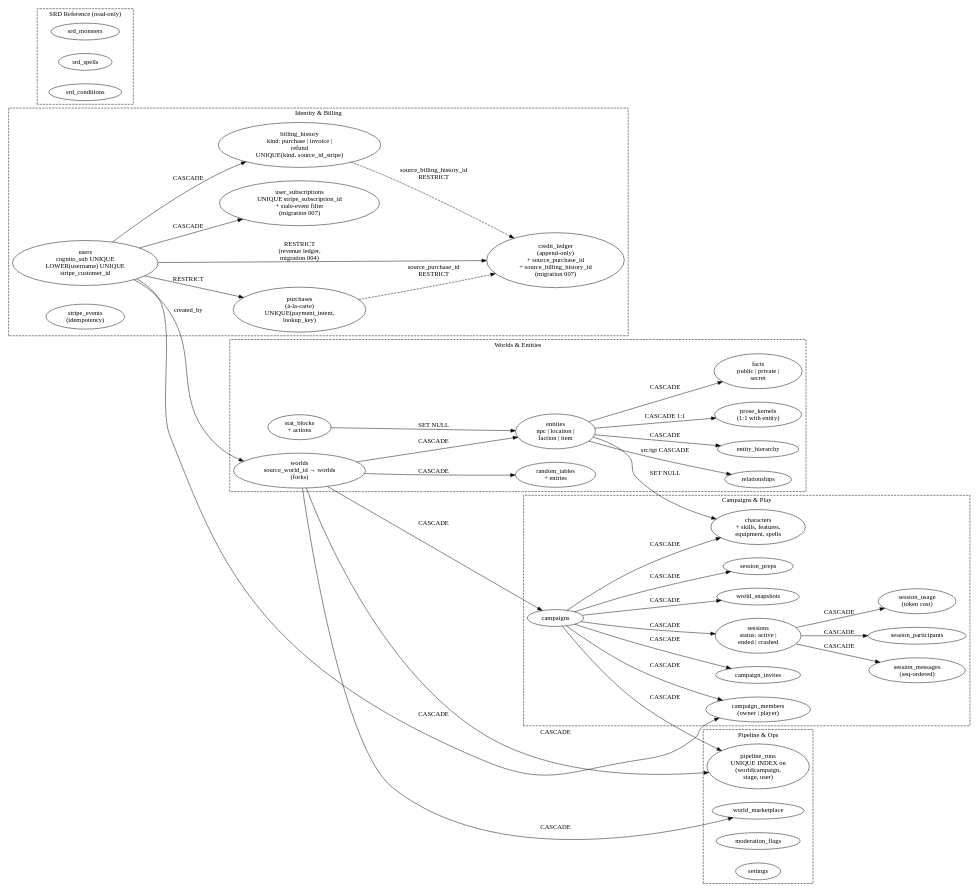
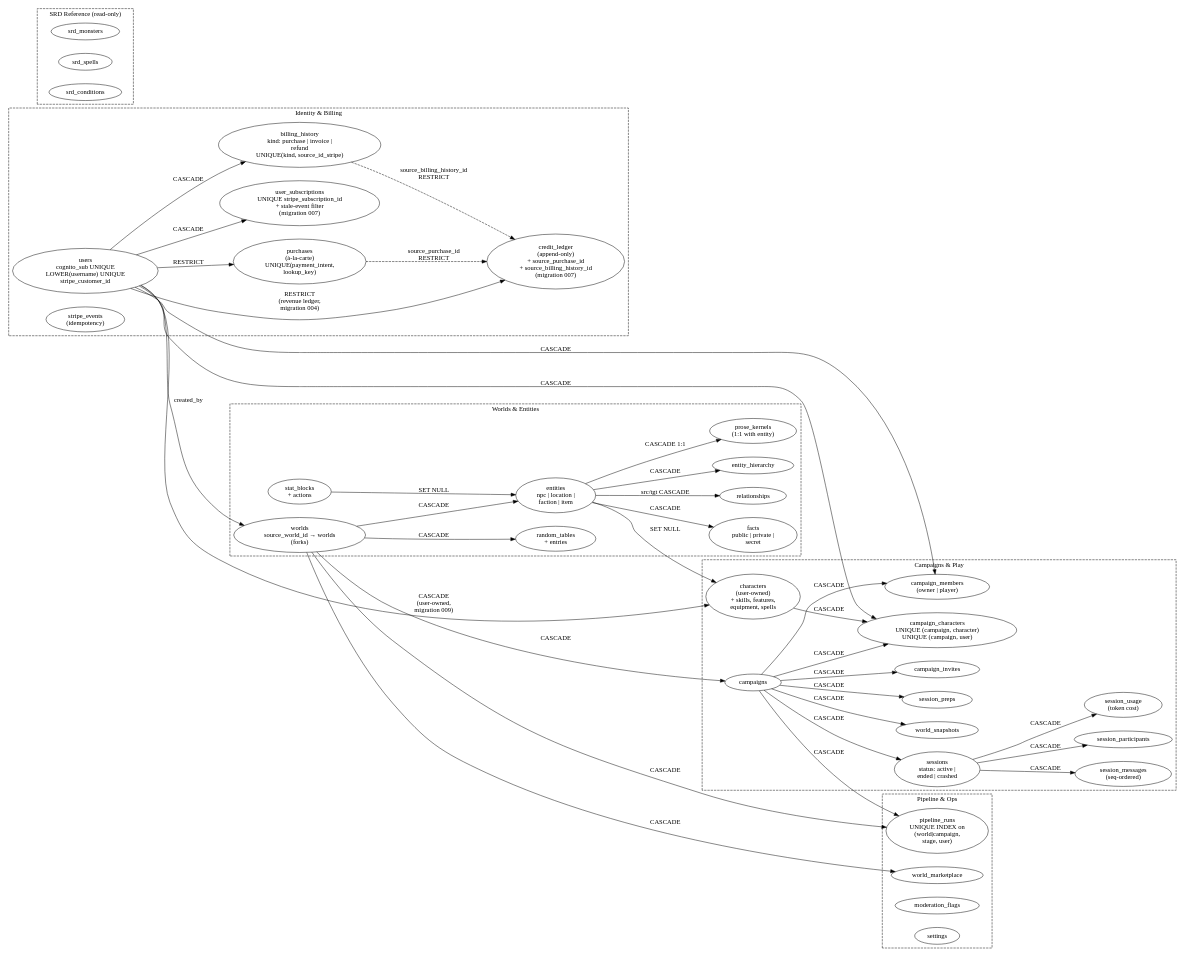
The diagram in docs/wiki/diagrams/data/schema.dot (mythrun/mythrun), drawn with Graphviz before and after one commit. The commit also changed 8 other files, not shown here.

```diff
--- a/docs/wiki/diagrams/data/schema.dot
+++ b/docs/wiki/diagrams/data/schema.dot
@@ -1,118 +1,122 @@
 digraph schema {
   // High-level entity-relationship view of the initial schema. Boxes are
   // table clusters grouped by responsibility; edges are FK relationships.
   // Per-column detail belongs in the appendix and the migration files,
   // not on the diagram.
   rankdir=LR;
   compound=true;
   nodesep=0.4;
   ranksep=0.7;
 
   subgraph cluster_identity {
     label="Identity & Billing";
     style="dashed";
     color="ember";
     fontcolor="ember";
 
     users   [label="users\ncognito_sub UNIQUE\nLOWER(username) UNIQUE\nstripe_customer_id"];
     ledger  [label="credit_ledger\n(append-only)\n+ source_purchase_id\n+ source_billing_history_id\n(migration 007)"];
     stripe  [label="stripe_events\n(idempotency)"];
     purchs  [label="purchases\n(à-la-carte)\nUNIQUE(payment_intent,\nlookup_key)"];
     subs    [label="user_subscriptions\nUNIQUE stripe_subscription_id\n+ stale-event filter\n(migration 007)"];
     bhist   [label="billing_history\nkind: purchase | invoice |\nrefund\nUNIQUE(kind, source_id_stripe)"];
   }
 
   subgraph cluster_world {
     label="Worlds & Entities";
     style="dashed";
     color="ember";
     fontcolor="ember";
 
     worlds   [label="worlds\nsource_world_id → worlds\n(forks)"];
     entities [label="entities\nnpc | location |\nfaction | item"];
     kernels  [label="prose_kernels\n(1:1 with entity)"];
     facts    [label="facts\npublic | private |\nsecret"];
     rels     [label="relationships"];
     hier     [label="entity_hierarchy"];
     rtables  [label="random_tables\n+ entries"];
     statbk   [label="stat_blocks\n+ actions"];
   }
 
   subgraph cluster_campaign {
     label="Campaigns & Play";
     style="dashed";
     color="ember";
     fontcolor="ember";
 
     camps     [label="campaigns"];
     members   [label="campaign_members\n(owner | player)"];
     invites   [label="campaign_invites"];
-    chars     [label="characters\n+ skills, features,\nequipment, spells"];
+    chars     [label="characters\n(user-owned)\n+ skills, features,\nequipment, spells"];
+    campchars [label="campaign_characters\nUNIQUE (campaign, character)\nUNIQUE (campaign, user)"];
     sessions  [label="sessions\nstatus: active |\nended | crashed"];
     msgs      [label="session_messages\n(seq-ordered)"];
     parts     [label="session_participants"];
     snaps     [label="world_snapshots"];
     preps     [label="session_preps"];
     usage     [label="session_usage\n(token cost)"];
   }
 
   subgraph cluster_ops {
     label="Pipeline & Ops";
     style="dashed";
     color="ember";
     fontcolor="ember";
 
     runs    [label="pipeline_runs\nUNIQUE INDEX on\n(world|campaign,\nstage, user)"];
     market  [label="world_marketplace"];
     flags   [label="moderation_flags"];
     sets    [label="settings"];
   }
 
   subgraph cluster_srd {
     label="SRD Reference (read-only)";
     style="dashed";
     color="ember";
     fontcolor="ember";
 
     monsters [label="srd_monsters"];
     spells   [label="srd_spells"];
     conds    [label="srd_conditions"];
   }
 
   // Identity edges
   users  -> ledger   [label="RESTRICT\n(revenue ledger,\nmigration 004)"];
   users  -> purchs   [label="RESTRICT"];
   users  -> subs     [label="CASCADE"];
   users  -> bhist    [label="CASCADE"];
   purchs -> ledger   [label="source_purchase_id\nRESTRICT", style=dashed];
   bhist  -> ledger   [label="source_billing_history_id\nRESTRICT", style=dashed];
 
   // Worlds edges
   users    -> worlds   [label="created_by"];
   worlds   -> entities [label="CASCADE"];
   entities -> kernels  [label="CASCADE 1:1"];
   entities -> facts    [label="CASCADE"];
   entities -> rels     [label="src/tgt CASCADE"];
   entities -> hier     [label="CASCADE"];
   worlds   -> rtables  [label="CASCADE"];
   statbk   -> entities [label="SET NULL"];
 
   // Campaign edges
   worlds  -> camps    [label="CASCADE"];
   camps   -> members  [label="CASCADE"];
   users   -> members  [label="CASCADE"];
   camps   -> invites  [label="CASCADE"];
-  camps   -> chars    [label="CASCADE"];
+  users   -> chars    [label="CASCADE\n(user-owned,\nmigration 009)"];
+  camps   -> campchars [label="CASCADE"];
+  chars   -> campchars [label="CASCADE"];
+  users   -> campchars [label="CASCADE"];
   entities -> chars   [label="SET NULL"];
   camps   -> sessions [label="CASCADE"];
   sessions -> msgs    [label="CASCADE"];
   sessions -> parts   [label="CASCADE"];
   camps   -> snaps    [label="CASCADE"];
   camps   -> preps    [label="CASCADE"];
   sessions -> usage   [label="CASCADE"];
 
   // Ops edges
   worlds -> runs    [label="CASCADE"];
   camps  -> runs    [label="CASCADE"];
   worlds -> market  [label="CASCADE"];
 }
```
